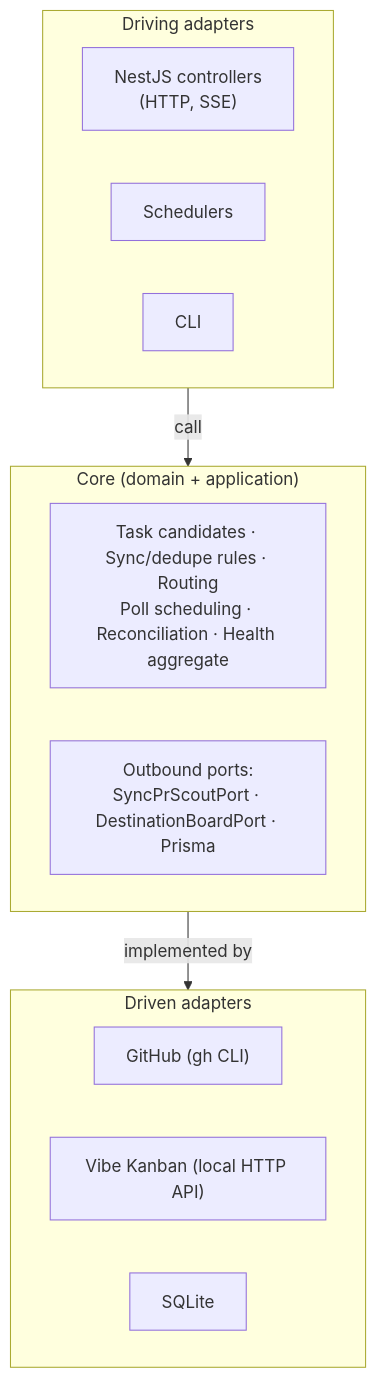
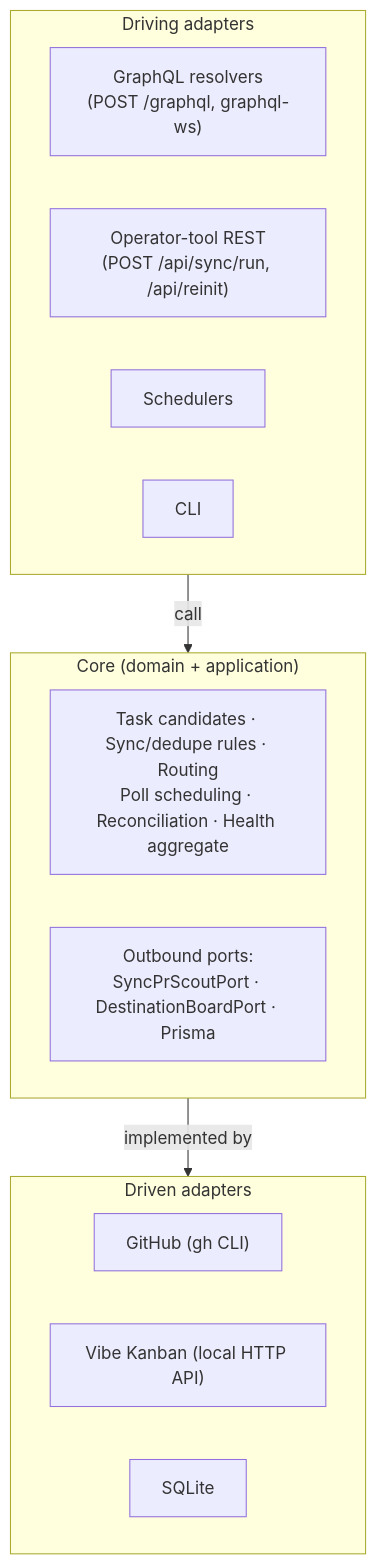
One commit to alexpialetski/vibe-squire changed the first of 2 diagrams in docs/ARCHITECTURE.md. Above: the diagram before and after it, drawn with Mermaid. The commit also changed other lines of this file and 110 other files, not shown here.

````diff
--- a/docs/ARCHITECTURE.md
+++ b/docs/ARCHITECTURE.md
@@ -9,22 +9,23 @@
 ```mermaid
 graph TB
     subgraph Driving["Driving adapters"]
-        Controllers["NestJS controllers<br/>(HTTP, SSE)"]
+        GraphQL["GraphQL resolvers<br/>(POST /graphql, graphql-ws)"]
+        Controllers["Operator-tool REST<br/>(POST /api/sync/run, /api/reinit)"]
         Schedulers["Schedulers"]
         CLI["CLI"]
     end
 
     subgraph Core["Core (domain + application)"]
         Logic["Task candidates · Sync/dedupe rules · Routing<br/>Poll scheduling · Reconciliation · Health aggregate"]
         Ports["Outbound ports:<br/>SyncPrScoutPort · DestinationBoardPort · Prisma"]
     end
 
     subgraph Driven["Driven adapters"]
         GH["GitHub (gh CLI)"]
         VK["Vibe Kanban (local HTTP API)"]
         DB["SQLite"]
     end
 
     Driving -- "call" --> Core
     Core -- "implemented by" --> Driven
 ```
````
